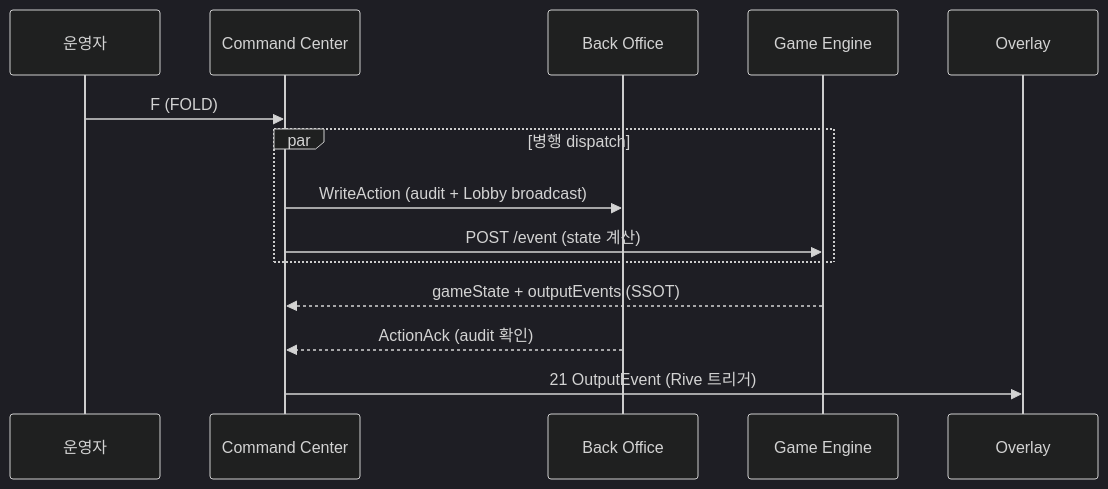
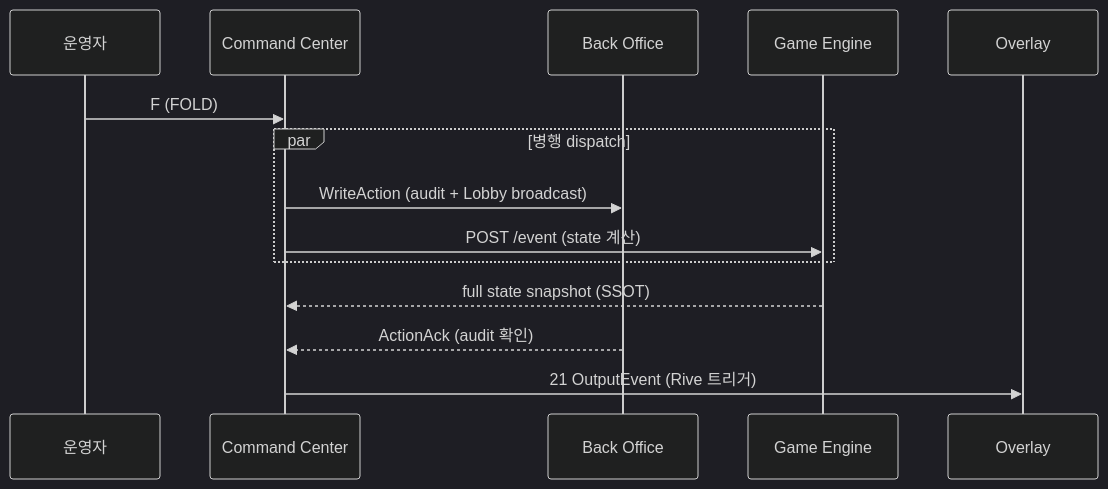
The sixth of 9 diagrams in docs/1. Product/Command_Center_PRD.md (garimto81/ebs_github), drawn with Mermaid (dark theme) before and after one commit. The commit also changed other lines of this file and 16 other files, not shown here.

````diff
--- a/docs/1. Product/Command_Center_PRD.md
+++ b/docs/1. Product/Command_Center_PRD.md
@@ -224,17 +441,17 @@
 ```mermaid
 sequenceDiagram
     participant Op as 운영자
     participant CC as Command Center
     participant BO as Back Office
     participant Engine as Game Engine
     participant Overlay as Overlay
 
     Op->>CC: F (FOLD)
     par 병행 dispatch
       CC->>BO: WriteAction (audit + Lobby broadcast)
       CC->>Engine: POST /event (state 계산)
     end
-    Engine-->>CC: gameState + outputEvents (SSOT)
+    Engine-->>CC: full state snapshot (SSOT)
     BO-->>CC: ActionAck (audit 확인)
     CC->>Overlay: 21 OutputEvent (Rive 트리거)
 ```
````
